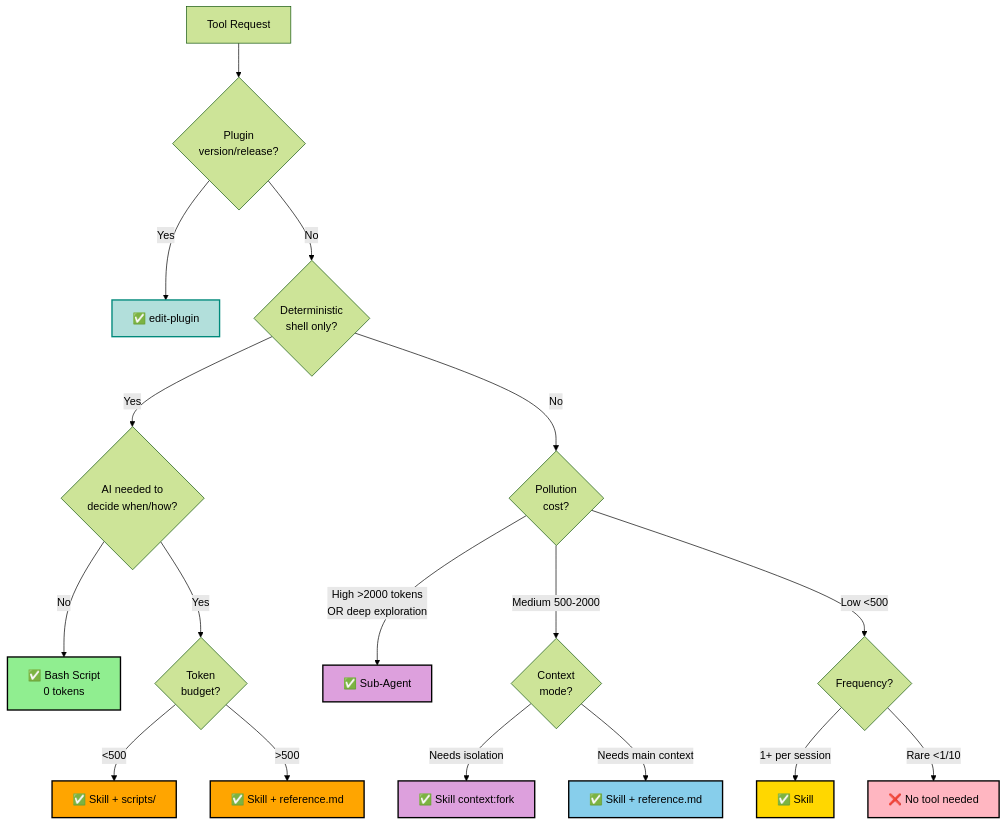
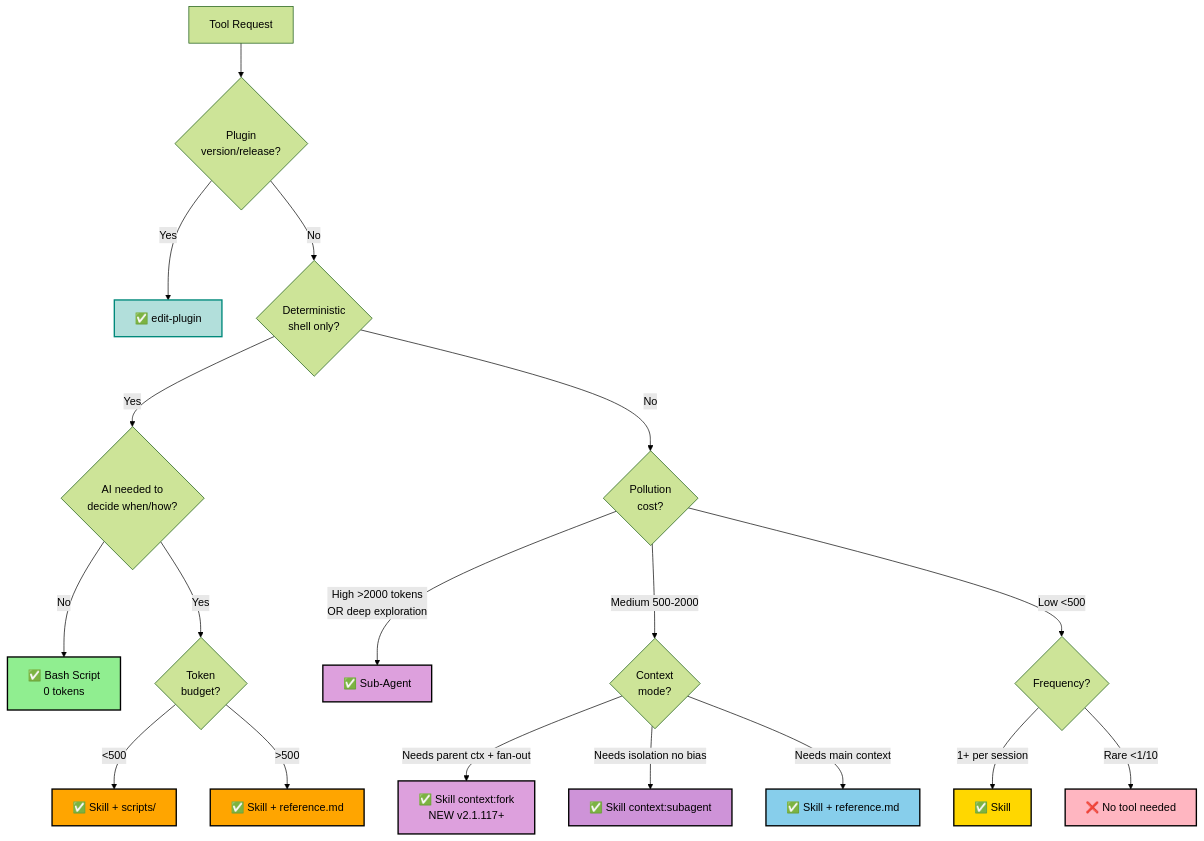
Before and after one commit to digital-stoic-org/agent-skills: the diagram in dstoic/skills/edit-tool/SKILL.md, drawn with Mermaid (forest theme). The commit also changed other lines of this file and 16 other files, not shown here.

First line of the commit message:
feat(dstoic): edit-tool fork/subagent taxonomy + proactive audit, v0.33.0

````diff
--- a/dstoic/skills/edit-tool/SKILL.md
+++ b/dstoic/skills/edit-tool/SKILL.md
@@ -16,31 +16,33 @@
 ```mermaid
 graph TD
     A[Tool Request] --> AA{Plugin<br/>version/release?}
     AA -->|Yes| PLUGIN[✅ edit-plugin]
     AA -->|No| B{Deterministic<br/>shell only?}
     B -->|Yes| C{AI needed to<br/>decide when/how?}
     C -->|No| BASH[✅ Bash Script<br/>0 tokens]
     C -->|Yes| D{Token<br/>budget?}
     D -->|<500| WRAP[✅ Skill + scripts/]
     D -->|>500| SKILL_REF[✅ Skill + reference.md]
 
     B -->|No| E{Pollution<br/>cost?}
     E -->|High >2000 tokens<br/>OR deep exploration| AGENT[✅ Sub-Agent]
     E -->|Medium 500-2000| F{Context<br/>mode?}
-    F -->|Needs isolation| FORK[✅ Skill context:fork]
+    F -->|Needs parent ctx + fan-out| FORK[✅ Skill context:fork<br/>NEW v2.1.117+]
+    F -->|Needs isolation no bias| SUBAGENT[✅ Skill context:subagent]
     F -->|Needs main context| SKILL_BIG[✅ Skill + reference.md]
 
     E -->|Low <500| G{Frequency?}
     G -->|1+ per session| SKILL[✅ Skill]
     G -->|Rare <1/10| DIRECT[❌ No tool needed]
 
     style PLUGIN fill:#B2DFDB,stroke:#00897B,stroke-width:2px,color:#000
     style BASH fill:#90EE90,stroke:#000,stroke-width:2px,color:#000
     style SKILL fill:#FFD700,stroke:#000,stroke-width:2px,color:#000
     style WRAP fill:#FFA500,stroke:#000,stroke-width:2px,color:#000
     style SKILL_REF fill:#FFA500,stroke:#000,stroke-width:2px,color:#000
     style SKILL_BIG fill:#87CEEB,stroke:#000,stroke-width:2px,color:#000
     style FORK fill:#DDA0DD,stroke:#000,stroke-width:2px,color:#000
+    style SUBAGENT fill:#CE93D8,stroke:#000,stroke-width:2px,color:#000
     style AGENT fill:#DDA0DD,stroke:#000,stroke-width:2px,color:#000
     style DIRECT fill:#FFB6C1,stroke:#000,stroke-width:2px,color:#000
 ```
````
